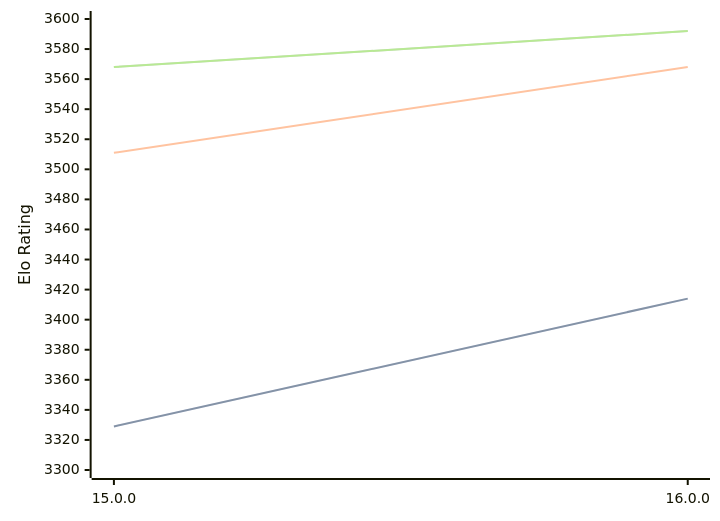
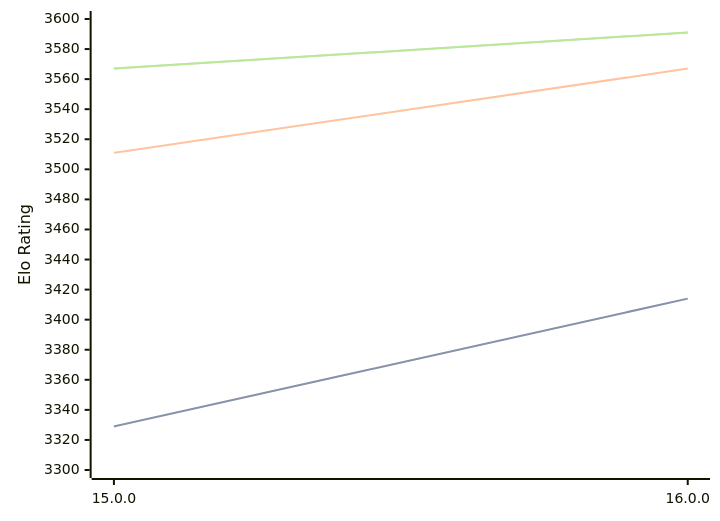
The diagram in engines/Halogen.md (computer-chess-index/cci), drawn with Mermaid before and after one commit. The commit also changed other lines of this file, not shown here.

Commit message:
Update CCI Ratings (ELO VLTC) - 2026-03-06

````diff
--- a/engines/Halogen.md
+++ b/engines/Halogen.md
@@ -48,11 +48,11 @@
 ```mermaid
 %%{init: {"theme":"base","themeVariables":{"seriesColors:['#a3a3a3','#222221','#faa371']}}}%%
 xychart-beta
   x-axis ["15.0.0", "16.0.0"]
   y-axis "Elo Rating" 3300 --> 3600
   line "STC (8.0+0.08s)" [3329, 3414]
   line "STC (8.0+0.08s)" [3329, 3414]
-  line "LTC (60.0+0.60s)" [3511, 3568]
-  line "VLTC (2m24s+1.12s)" [3568, 3592]
-  line "VLTC (2m24s+1.12s)" [3568, 3592]
+  line "LTC (60.0+0.60s)" [3511, 3567]
+  line "VLTC (2m24s+1.12s)" [3567, 3591]
+  line "VLTC (2m24s+1.12s)" [3567, 3591]
 ```
````
